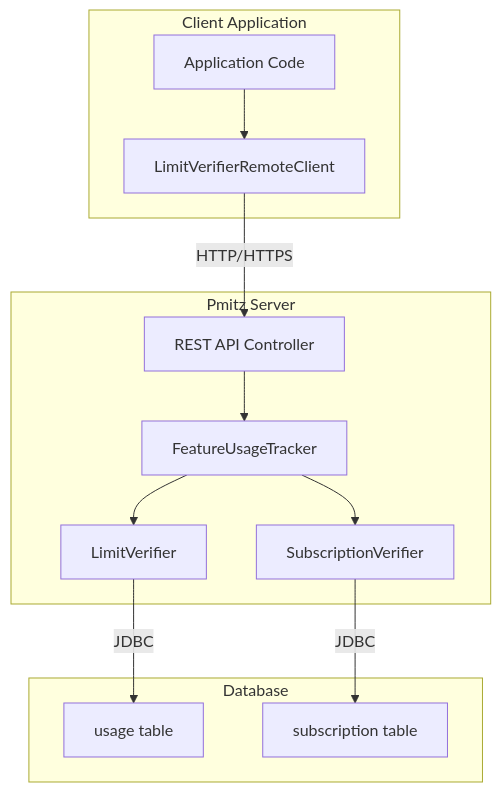
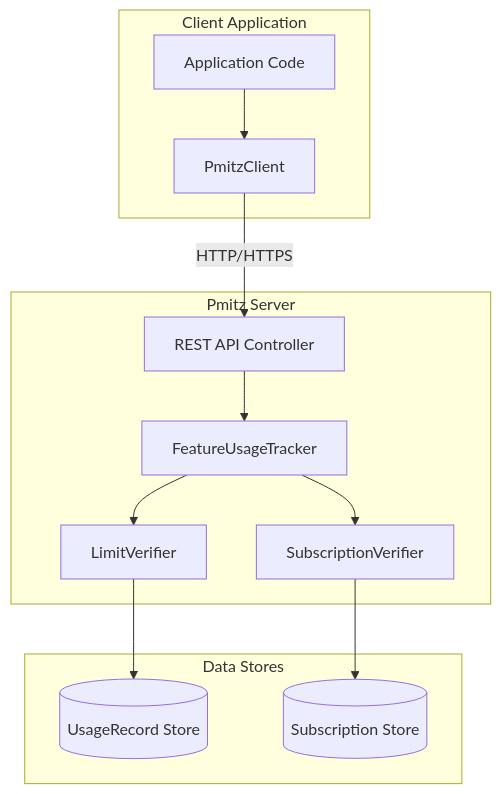
The third of 4 diagrams in docs/local-vs-remote-modes.md (terpomo-io/pmitz), drawn with Mermaid before and after one commit. The commit also changed other lines of this file and 3 other files, not shown here.

````diff
--- a/docs/local-vs-remote-modes.md
+++ b/docs/local-vs-remote-modes.md
@@ -112,27 +69,27 @@
 ```mermaid
 flowchart TB
     subgraph ClientApp["Client Application"]
         App[Application Code]
-        RC[LimitVerifierRemoteClient]
+        RC[PmitzClient]
     end
 
     subgraph PmitzServer["Pmitz Server"]
         API[REST API Controller]
         FUT[FeatureUsageTracker]
         LV[LimitVerifier]
         SV[SubscriptionVerifier]
     end
 
-    subgraph Database["Database"]
-        UT[usage table]
-        ST[subscription table]
+    subgraph Stores["Data Stores"]
+        US[("UsageRecord Store")]
+        SS[("Subscription Store")]
     end
 
     App --> RC
     RC -->|HTTP/HTTPS| API
     API --> FUT
     FUT --> LV
     FUT --> SV
-    LV -->|JDBC| UT
-    SV -->|JDBC| ST
+    LV --> US
+    SV --> SS
 ```
````
